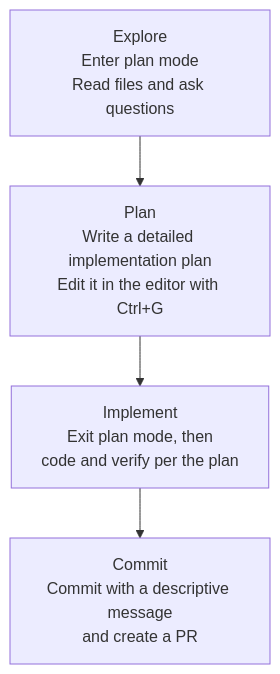
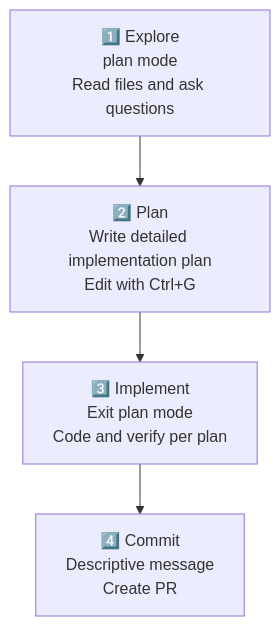
One commit to modu-ai/moai-adk changed the diagram in docs-site/content/en/claude-code/agentic/best-practices.md. Above: the diagram before and after it, drawn with Mermaid. The commit also changed other lines of this file and 6 other files, not shown here.

````diff
--- a/docs-site/content/en/claude-code/agentic/best-practices.md
+++ b/docs-site/content/en/claude-code/agentic/best-practices.md
@@ -44,6 +45,6 @@
 ```mermaid
 flowchart TD
-    A[Explore<br/>Enter plan mode<br/>Read files and ask questions] --> B[Plan<br/>Write a detailed implementation plan<br/>Edit it in the editor with Ctrl+G]
-    B --> C[Implement<br/>Exit plan mode, then<br/>code and verify per the plan]
-    C --> D[Commit<br/>Commit with a descriptive message<br/>and create a PR]
+    A["1️⃣ Explore<br/>plan mode<br/>Read files and ask questions"] --> B["2️⃣ Plan<br/>Write detailed implementation plan<br/>Edit with Ctrl+G"]
+    B --> C["3️⃣ Implement<br/>Exit plan mode<br/>Code and verify per plan"]
+    C --> D["4️⃣ Commit<br/>Descriptive message<br/>Create PR"]
 ```
````
